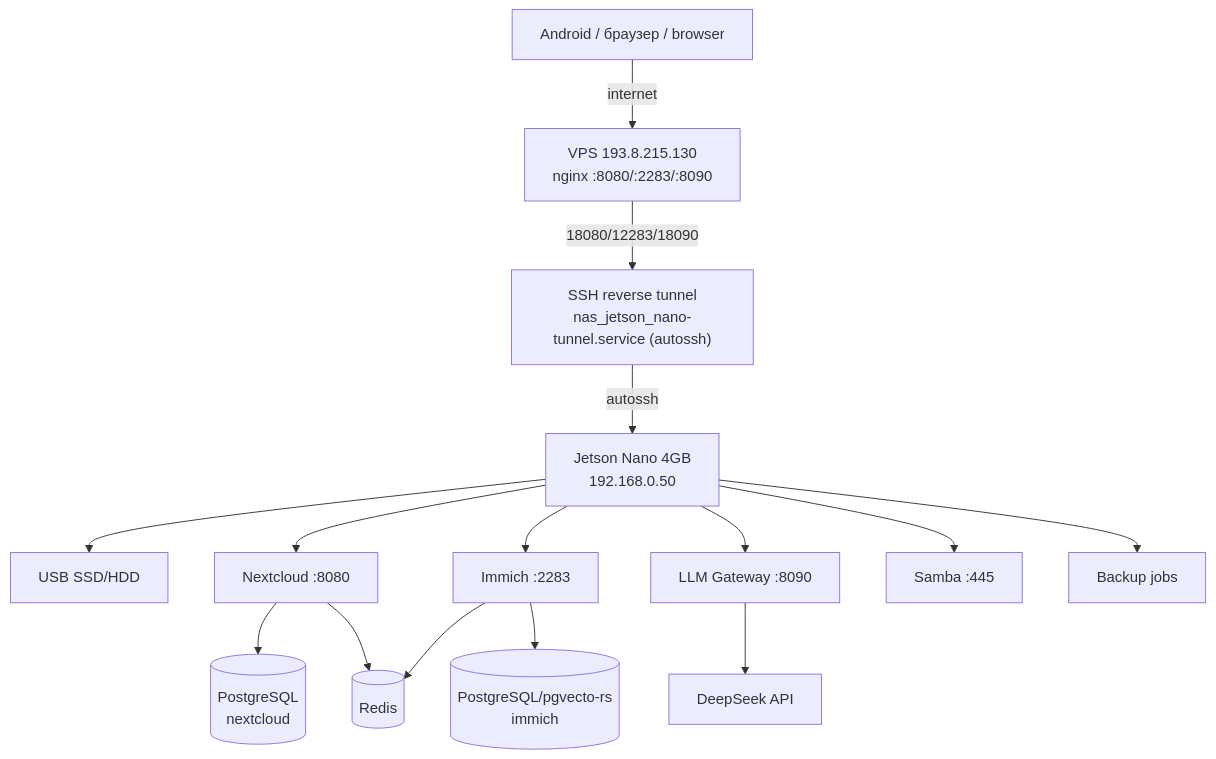
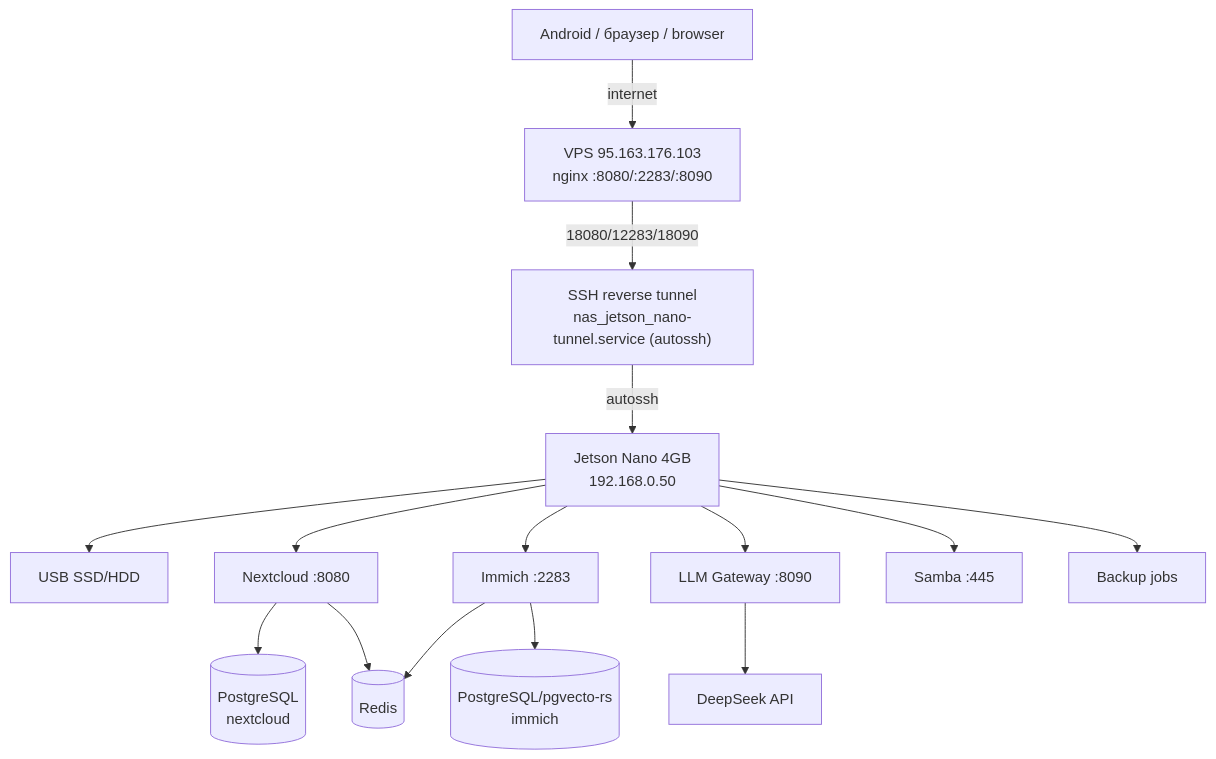
One commit to AlexeyBorovskoy/NAS_Jetson_Nano changed the diagram in docs/03_ARCHITECTURE.md. Above: the diagram before and after it, drawn with Mermaid. The commit also changed other lines of this file and 46 other files, not shown here.

````diff
--- a/docs/03_ARCHITECTURE.md
+++ b/docs/03_ARCHITECTURE.md
@@ -8,34 +8,34 @@
 ```mermaid
 flowchart TB
     Client[Android / браузер / browser]
-    VPS["VPS 193.8.215.130\nnginx :8080/:2283/:8090"]
+    VPS["VPS 95.163.176.103\nnginx :8080/:2283/:8090"]
     Tunnel["SSH reverse tunnel\nnas_jetson_nano-tunnel.service (autossh)"]
     Jetson[Jetson Nano 4GB\n192.168.0.50]
     HDD[USB SSD/HDD]
 
     Nextcloud[Nextcloud :8080]
     Immich[Immich :2283]
     LLM[LLM Gateway :8090]
     Samba[Samba :445]
     Backup[Backup jobs]
     DeepSeek[DeepSeek API]
 
     NCDB[(PostgreSQL\nnextcloud)]
     ImmichDB[(PostgreSQL/pgvecto-rs\nimmich)]
     Redis[(Redis)]
 
     Client -->|internet| VPS
     VPS -->|18080/12283/18090| Tunnel
     Tunnel -->|autossh| Jetson
     Jetson --> HDD
     Jetson --> Nextcloud
     Jetson --> Immich
     Jetson --> Samba
     Jetson --> Backup
     Jetson --> LLM
     Nextcloud --> NCDB
     Nextcloud --> Redis
     Immich --> ImmichDB
     Immich --> Redis
     LLM --> DeepSeek
 ```
````
